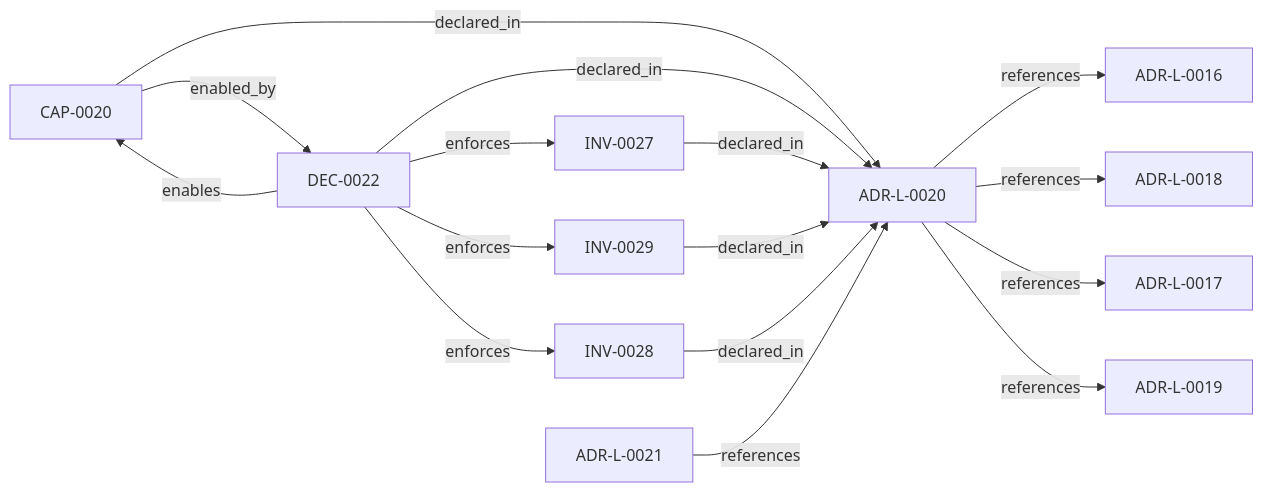
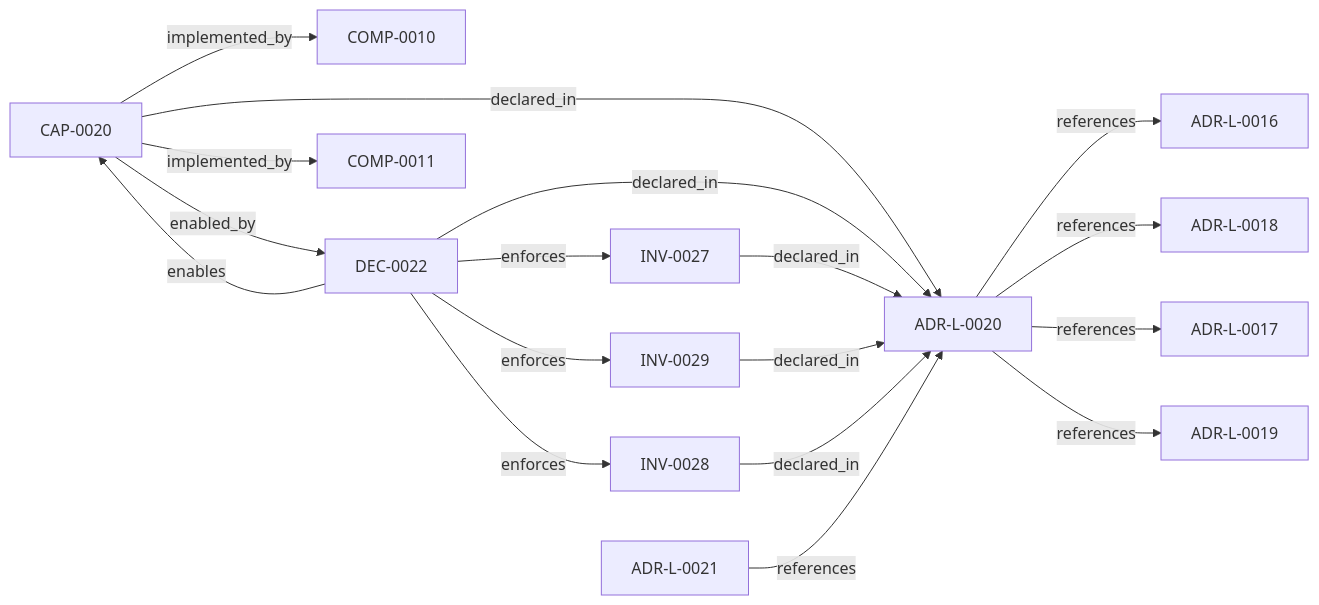
One commit to egallmann/ste-runtime changed the diagram in adrs/adr-projection/logical/ADR-L-0020-source-locators-as-cognitive-execution-model-infrastructure.md. Above: the diagram before and after it, drawn with Mermaid. The commit also changed other lines of this file and 57 other files, not shown here.

````diff
--- a/adrs/adr-projection/logical/ADR-L-0020-source-locators-as-cognitive-execution-model-infrastructure.md
+++ b/adrs/adr-projection/logical/ADR-L-0020-source-locators-as-cognitive-execution-model-infrastructure.md
@@ -43,29 +43,33 @@
 ```mermaid
 flowchart LR
   n_019ff84e_4ece_76ad_ae3e_f92bef05635a["ADR-L-0016"]
   n_019ff84e_4ece_7c3b_833e_dbdb54ed76ec["ADR-L-0018"]
   n_019ff84e_4ece_7ddc_b31f_3a009abe14b3["ADR-L-0017"]
   n_019ff84e_4ecf_710a_ad22_93698361c72b["CAP-0020"]
+  n_019ff84e_4ecf_736e_9d3d_dc19c7223122["COMP-0010"]
   n_019ff84e_4ecf_74b8_8b3b_d33e1ad21f6a["ADR-L-0021"]
   n_019ff84e_4ecf_74ba_b201_3b02412f39c8["ADR-L-0019"]
   n_019ff84e_4ecf_7528_8d2b_24dfb64b40f2["DEC-0022"]
   n_019ff84e_4ecf_771d_9a3c_ef75ea44643f["INV-0027"]
   n_019ff84e_4ecf_7766_a829_6425e5ad305e["INV-0029"]
   n_019ff84e_4ecf_7912_af16_46a17ff8fc57["INV-0028"]
+  n_019ff84e_4ecf_7ba6_ac1f_2a56af7d146c["COMP-0011"]
   n_019ff84e_4ecf_7f4e_8b17_1f35008e8877["ADR-L-0020"]
   n_019ff84e_4ecf_710a_ad22_93698361c72b -->|"declared_in"| n_019ff84e_4ecf_7f4e_8b17_1f35008e8877
   n_019ff84e_4ecf_7528_8d2b_24dfb64b40f2 -->|"declared_in"| n_019ff84e_4ecf_7f4e_8b17_1f35008e8877
   n_019ff84e_4ecf_771d_9a3c_ef75ea44643f -->|"declared_in"| n_019ff84e_4ecf_7f4e_8b17_1f35008e8877
   n_019ff84e_4ecf_7766_a829_6425e5ad305e -->|"declared_in"| n_019ff84e_4ecf_7f4e_8b17_1f35008e8877
   n_019ff84e_4ecf_7912_af16_46a17ff8fc57 -->|"declared_in"| n_019ff84e_4ecf_7f4e_8b17_1f35008e8877
   n_019ff84e_4ecf_710a_ad22_93698361c72b -->|"enabled_by"| n_019ff84e_4ecf_7528_8d2b_24dfb64b40f2
   n_019ff84e_4ecf_7528_8d2b_24dfb64b40f2 -->|"enables"| n_019ff84e_4ecf_710a_ad22_93698361c72b
   n_019ff84e_4ecf_7528_8d2b_24dfb64b40f2 -->|"enforces"| n_019ff84e_4ecf_771d_9a3c_ef75ea44643f
   n_019ff84e_4ecf_7528_8d2b_24dfb64b40f2 -->|"enforces"| n_019ff84e_4ecf_7766_a829_6425e5ad305e
   n_019ff84e_4ecf_7528_8d2b_24dfb64b40f2 -->|"enforces"| n_019ff84e_4ecf_7912_af16_46a17ff8fc57
+  n_019ff84e_4ecf_710a_ad22_93698361c72b -->|"implemented_by"| n_019ff84e_4ecf_736e_9d3d_dc19c7223122
+  n_019ff84e_4ecf_710a_ad22_93698361c72b -->|"implemented_by"| n_019ff84e_4ecf_7ba6_ac1f_2a56af7d146c
   n_019ff84e_4ecf_74b8_8b3b_d33e1ad21f6a -->|"references"| n_019ff84e_4ecf_7f4e_8b17_1f35008e8877
   n_019ff84e_4ecf_7f4e_8b17_1f35008e8877 -->|"references"| n_019ff84e_4ece_76ad_ae3e_f92bef05635a
   n_019ff84e_4ecf_7f4e_8b17_1f35008e8877 -->|"references"| n_019ff84e_4ece_7c3b_833e_dbdb54ed76ec
   n_019ff84e_4ecf_7f4e_8b17_1f35008e8877 -->|"references"| n_019ff84e_4ece_7ddc_b31f_3a009abe14b3
   n_019ff84e_4ecf_7f4e_8b17_1f35008e8877 -->|"references"| n_019ff84e_4ecf_74ba_b201_3b02412f39c8
 ```
````
